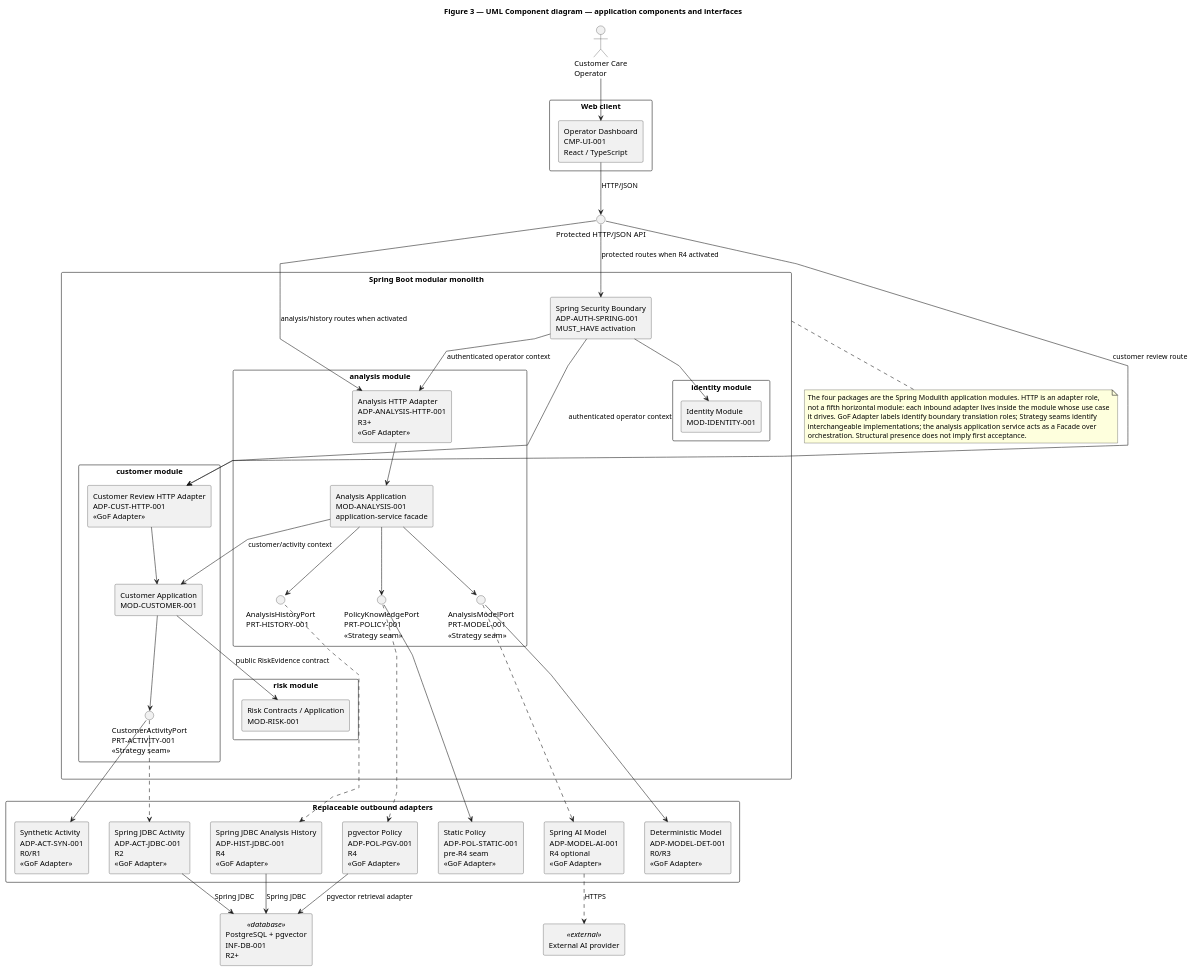
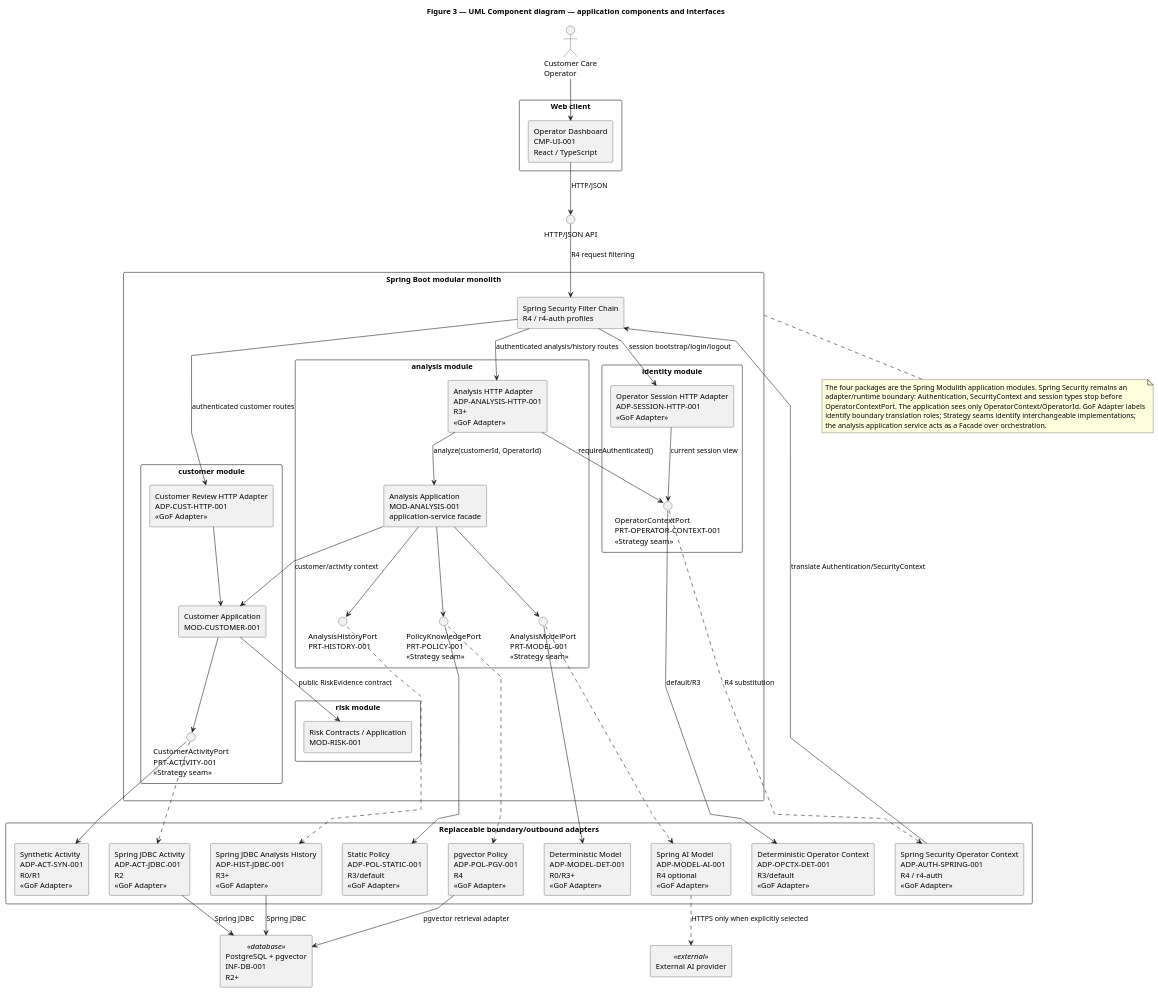
One commit to jdoe-dev-159753/specgraph-reference-app changed the diagram in docs/assignment/SDD/diagrams/component-topology.puml. Above: the diagram before and after it, drawn with PlantUML. The commit also changed 23 other files, not shown here.

Commit message:
feat: activate R4 multi-operator session security

```diff
--- a/docs/assignment/SDD/diagrams/component-topology.puml
+++ b/docs/assignment/SDD/diagrams/component-topology.puml
@@ -1,101 +1,110 @@
 @startuml
 title Figure 3 — UML Component diagram — application components and interfaces
 top to bottom direction
 skinparam componentStyle rectangle
 skinparam packageStyle rectangle
 skinparam linetype polyline
 skinparam nodesep 38
 skinparam ranksep 45
 
 actor "Customer Care\nOperator" as Operator
-interface "Protected HTTP/JSON API" as WebApi
+interface "HTTP/JSON API" as WebApi
 
 package "Web client" {
   component "Operator Dashboard\nCMP-UI-001\nReact / TypeScript" as UI
 }
 
 package "Spring Boot modular monolith" as Backend {
-  component "Spring Security Boundary\nADP-AUTH-SPRING-001\nMUST_HAVE activation" as Auth
+  component "Spring Security Filter Chain\nR4 / r4-auth profiles" as SecurityFilter
+
+  package "identity module" as IdentityModule {
+    component "Operator Session HTTP Adapter\nADP-SESSION-HTTP-001\n<<GoF Adapter>>" as SessionHttp
+    interface "OperatorContextPort\nPRT-OPERATOR-CONTEXT-001\n<<Strategy seam>>" as OperatorContextPort
+  }
 
   package "customer module" as CustomerModule {
     component "Customer Review HTTP Adapter\nADP-CUST-HTTP-001\n<<GoF Adapter>>" as CustomerHttp
     component "Customer Application\nMOD-CUSTOMER-001" as Customer
     interface "CustomerActivityPort\nPRT-ACTIVITY-001\n<<Strategy seam>>" as ActivityPort
   }
 
   package "risk module" as RiskModule {
     component "Risk Contracts / Application\nMOD-RISK-001" as Risk
   }
 
   package "analysis module" as AnalysisModule {
     component "Analysis HTTP Adapter\nADP-ANALYSIS-HTTP-001\nR3+\n<<GoF Adapter>>" as AnalysisHttp
     component "Analysis Application\nMOD-ANALYSIS-001\napplication-service facade" as Analysis
     interface "PolicyKnowledgePort\nPRT-POLICY-001\n<<Strategy seam>>" as PolicyPort
     interface "AnalysisModelPort\nPRT-MODEL-001\n<<Strategy seam>>" as ModelPort
     interface "AnalysisHistoryPort\nPRT-HISTORY-001" as HistoryPort
   }
-
-  package "identity module" as IdentityModule {
-    component "Identity Module\nMOD-IDENTITY-001" as Identity
-  }
 }
 
-package "Replaceable outbound adapters" as Adapters {
+package "Replaceable boundary/outbound adapters" as Adapters {
+  component "Deterministic Operator Context\nADP-OPCTX-DET-001\nR3/default\n<<GoF Adapter>>" as OperatorDet
+  component "Spring Security Operator Context\nADP-AUTH-SPRING-001\nR4 / r4-auth\n<<GoF Adapter>>" as OperatorSecurity
   component "Synthetic Activity\nADP-ACT-SYN-001\nR0/R1\n<<GoF Adapter>>" as ActivitySynthetic
   component "Spring JDBC Activity\nADP-ACT-JDBC-001\nR2\n<<GoF Adapter>>" as ActivityJdbc
-  component "Static Policy\nADP-POL-STATIC-001\npre-R4 seam\n<<GoF Adapter>>" as PolicyStatic
+  component "Static Policy\nADP-POL-STATIC-001\nR3/default\n<<GoF Adapter>>" as PolicyStatic
   component "pgvector Policy\nADP-POL-PGV-001\nR4\n<<GoF Adapter>>" as PolicyPg
-  component "Deterministic Model\nADP-MODEL-DET-001\nR0/R3\n<<GoF Adapter>>" as ModelDet
+  component "Deterministic Model\nADP-MODEL-DET-001\nR0/R3+\n<<GoF Adapter>>" as ModelDet
   component "Spring AI Model\nADP-MODEL-AI-001\nR4 optional\n<<GoF Adapter>>" as ModelAi
-  component "Spring JDBC Analysis History\nADP-HIST-JDBC-001\nR4\n<<GoF Adapter>>" as HistoryJdbc
+  component "Spring JDBC Analysis History\nADP-HIST-JDBC-001\nR3+\n<<GoF Adapter>>" as HistoryJdbc
 
+  OperatorDet -[hidden]right-> OperatorSecurity
+  OperatorSecurity -[hidden]right-> ActivitySynthetic
   ActivitySynthetic -[hidden]right-> ActivityJdbc
   ActivityJdbc -[hidden]right-> PolicyStatic
   PolicyStatic -[hidden]right-> PolicyPg
   ModelDet -[hidden]right-> ModelAi
   ModelAi -[hidden]right-> HistoryJdbc
 }
 
 component "PostgreSQL + pgvector\nINF-DB-001\nR2+" as Db <<database>>
 component "External AI provider" as Provider <<external>>
 
 Operator --> UI
 UI --> WebApi : HTTP/JSON
-WebApi --> Auth : protected routes when R4 activated
-WebApi --> CustomerHttp : customer review route
-WebApi --> AnalysisHttp : analysis/history routes when activated
-Auth --> Identity
-Auth --> CustomerHttp : authenticated operator context
-Auth --> AnalysisHttp : authenticated operator context
+WebApi --> SecurityFilter : R4 request filtering
+SecurityFilter --> SessionHttp : session bootstrap/login/logout
+SecurityFilter --> CustomerHttp : authenticated customer routes
+SecurityFilter --> AnalysisHttp : authenticated analysis/history routes
+
+SessionHttp --> OperatorContextPort : current session view
+AnalysisHttp --> OperatorContextPort : requireAuthenticated()
+OperatorContextPort --> OperatorDet : default/R3
+OperatorContextPort ..> OperatorSecurity : R4 substitution
+OperatorSecurity --> SecurityFilter : translate Authentication/SecurityContext
 
 CustomerHttp --> Customer
 Customer --> Risk : public RiskEvidence contract
 Customer --> ActivityPort
 
-AnalysisHttp --> Analysis
+AnalysisHttp --> Analysis : analyze(customerId, OperatorId)
 Analysis --> Customer : customer/activity context
 Analysis --> PolicyPort
 Analysis --> ModelPort
 Analysis --> HistoryPort
 
 ActivityPort --> ActivitySynthetic
 ActivityPort ..> ActivityJdbc
 PolicyPort --> PolicyStatic
 PolicyPort ..> PolicyPg
 ModelPort --> ModelDet
 ModelPort ..> ModelAi
 HistoryPort ..> HistoryJdbc
 
 ActivityJdbc --> Db : Spring JDBC
 PolicyPg --> Db : pgvector retrieval adapter
 HistoryJdbc --> Db : Spring JDBC
-ModelAi ..> Provider : HTTPS
+ModelAi ..> Provider : HTTPS only when explicitly selected
 
 note bottom of Backend
-  The four packages are the Spring Modulith application modules. HTTP is an adapter role,
-  not a fifth horizontal module: each inbound adapter lives inside the module whose use case
-  it drives. GoF Adapter labels identify boundary translation roles; Strategy seams identify
-  interchangeable implementations; the analysis application service acts as a Facade over
-  orchestration. Structural presence does not imply first acceptance.
+  The four packages are the Spring Modulith application modules. Spring Security remains an
+  adapter/runtime boundary: Authentication, SecurityContext and session types stop before
+  OperatorContextPort. The application sees only OperatorContext/OperatorId. GoF Adapter labels
+  identify boundary translation roles; Strategy seams identify interchangeable implementations;
+  the analysis application service acts as a Facade over orchestration.
 end note
 @enduml
```
